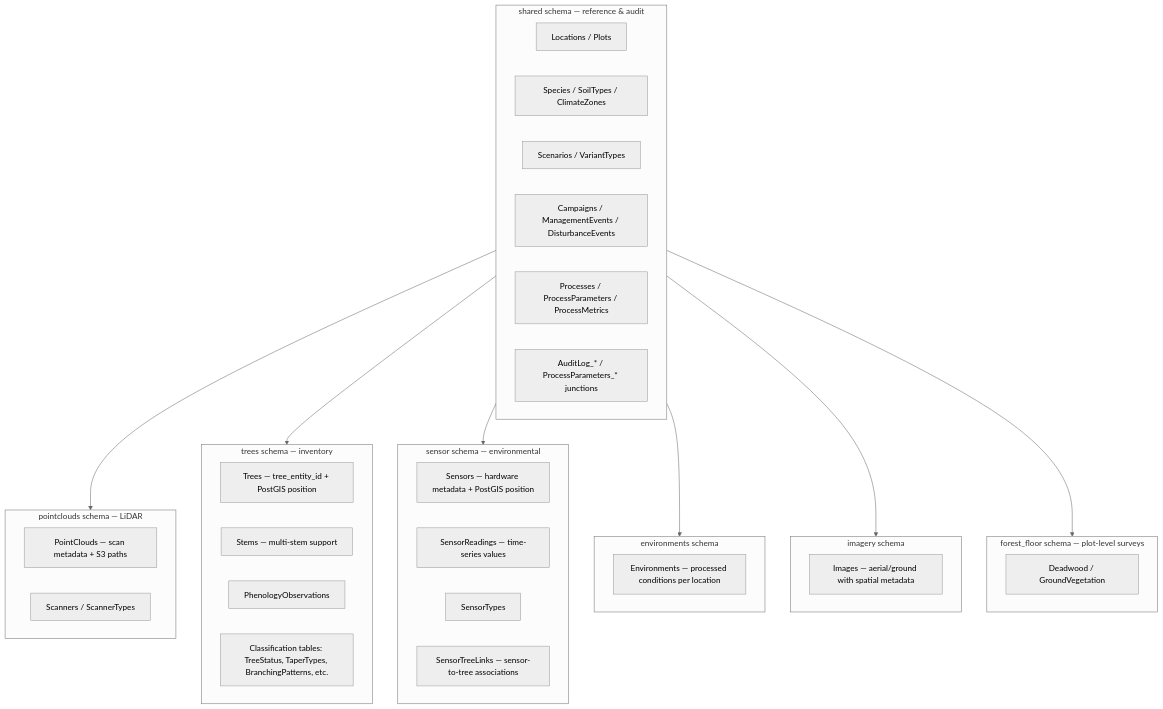
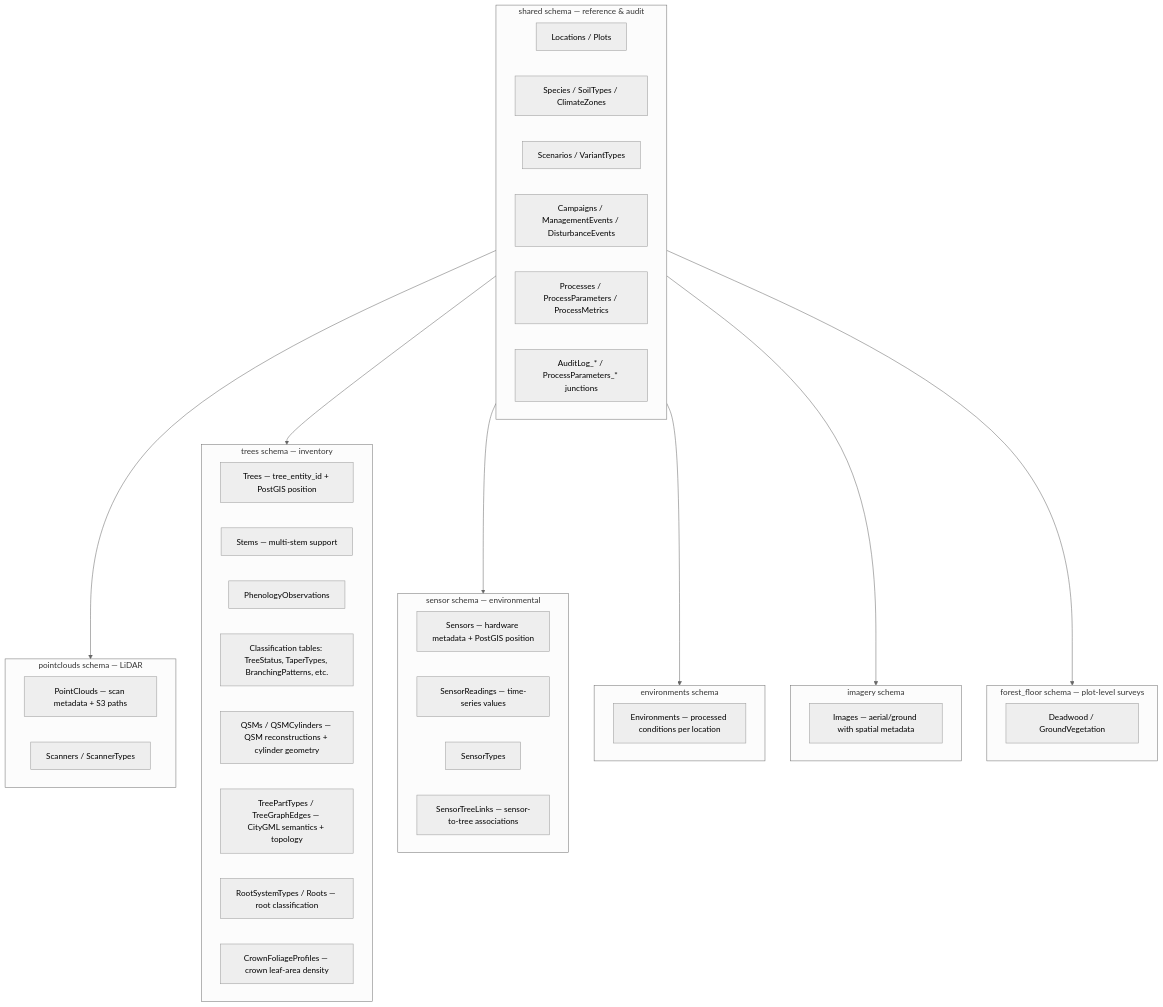
One commit to XRFutureForests/digital-twin-db changed the fifth of 8 diagrams in docs/architecture.md. Above: the diagram before and after it, drawn with Mermaid (neutral theme). The commit also changed 1 other file, not shown here.

Commit message:
docs: reflect CityGML/QSM schema tables in README and architecture diagram
README's trees-schema list and the architecture.md schema diagram didn't
mention the QSMs/QSMCylinders, TreePartTypes/TreeGraphEdges,
RootSystemTypes/Roots, and CrownFoliageProfiles tables added in the last
commit (CityGML alignment with Ambarwari et al. 2024).

````diff
--- a/docs/architecture.md
+++ b/docs/architecture.md
@@ -250,49 +250,53 @@
 ```mermaid
 graph TD
     subgraph shared["shared schema — reference & audit"]
         S1[Locations / Plots]
         S2[Species / SoilTypes / ClimateZones]
         S3[Scenarios / VariantTypes]
         S4[Campaigns / ManagementEvents / DisturbanceEvents]
         S5[Processes / ProcessParameters / ProcessMetrics]
         S6[AuditLog_* / ProcessParameters_* junctions]
     end
 
     subgraph pointclouds["pointclouds schema — LiDAR"]
         PC1[PointClouds — scan metadata + S3 paths]
         PC2[Scanners / ScannerTypes]
     end
 
     subgraph trees["trees schema — inventory"]
         T1[Trees — tree_entity_id + PostGIS position]
         T2[Stems — multi-stem support]
         T3[PhenologyObservations]
         T4[Classification tables: TreeStatus, TaperTypes, BranchingPatterns, etc.]
+        T5[QSMs / QSMCylinders — QSM reconstructions + cylinder geometry]
+        T6[TreePartTypes / TreeGraphEdges — CityGML semantics + topology]
+        T7[RootSystemTypes / Roots — root classification]
+        T8[CrownFoliageProfiles — crown leaf-area density]
     end
 
     subgraph forest_floor["forest_floor schema — plot-level surveys"]
         FF1[Deadwood / GroundVegetation]
     end
 
     subgraph sensor["sensor schema — environmental"]
         SE1[Sensors — hardware metadata + PostGIS position]
         SE2[SensorReadings — time-series values]
         SE3[SensorTypes]
         SE4[SensorTreeLinks — sensor-to-tree associations]
     end
 
     subgraph environments["environments schema"]
         E1[Environments — processed conditions per location]
     end
 
     subgraph imagery["imagery schema"]
         I1[Images — aerial/ground with spatial metadata]
     end
 
     shared --> pointclouds
     shared --> trees
     shared --> sensor
     shared --> environments
     shared --> imagery
     shared --> forest_floor
 ```
````
